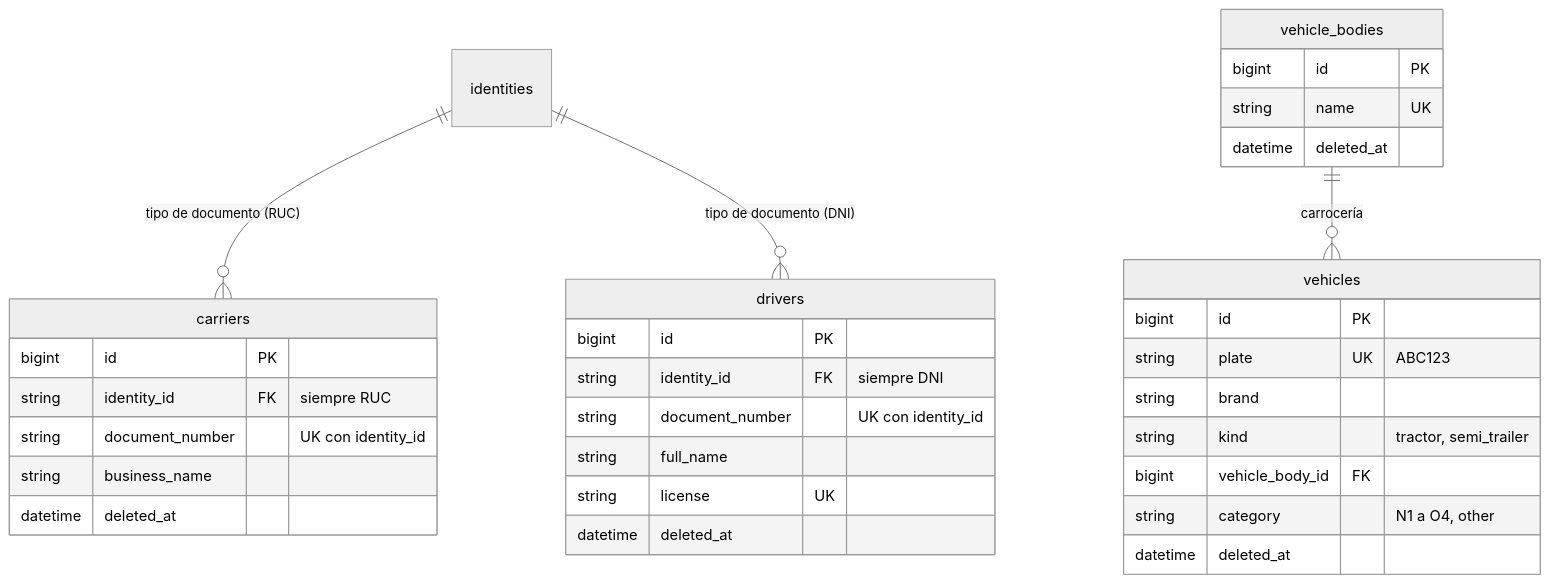
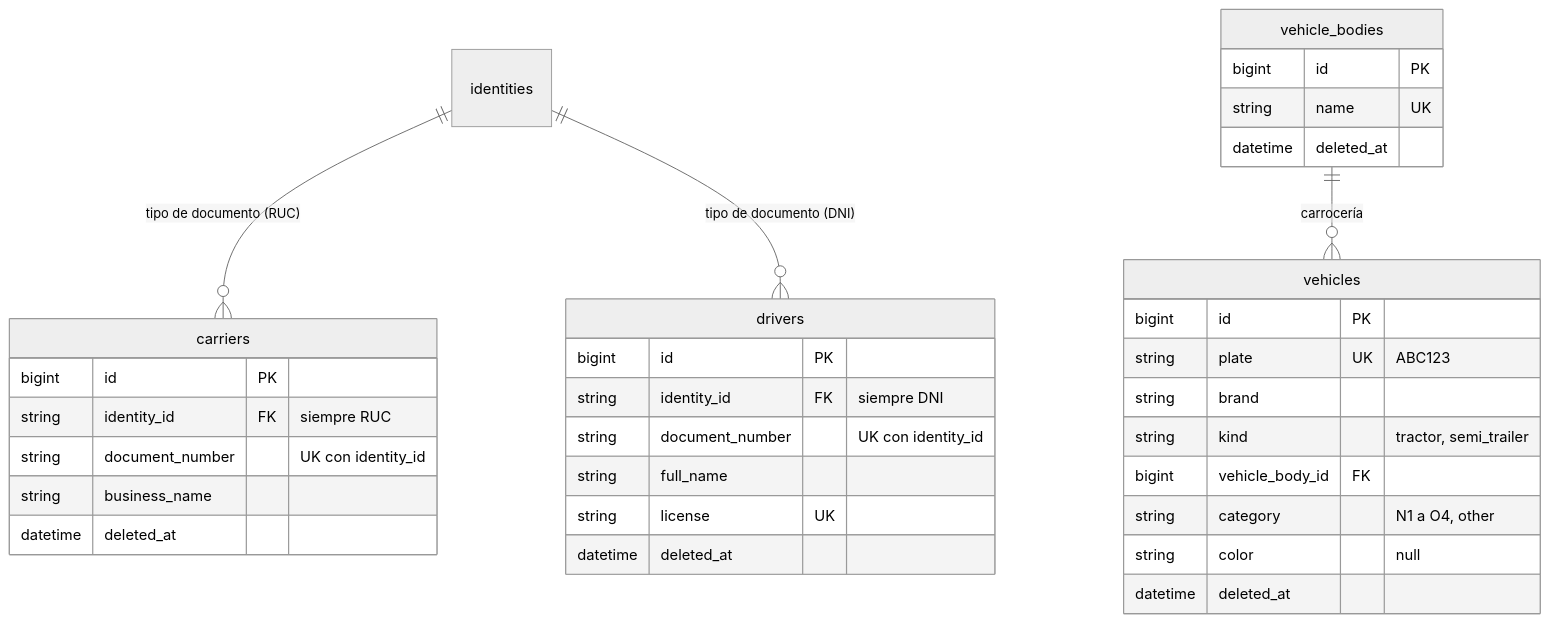
The fifth of 5 diagrams in docs/database.md (Cerati1998/SIGLA-TOS), drawn with Mermaid (neutral theme) before and after one commit. The commit also changed other lines of this file and 13 other files, not shown here.

````diff
--- a/docs/database.md
+++ b/docs/database.md
@@ -191,36 +191,37 @@
 ```mermaid
 erDiagram
   identities ||--o{ carriers : "tipo de documento (RUC)"
   identities ||--o{ drivers : "tipo de documento (DNI)"
   vehicle_bodies ||--o{ vehicles : "carrocería"
 
   carriers {
     bigint id PK
     string identity_id FK "siempre RUC"
     string document_number "UK con identity_id"
     string business_name
     datetime deleted_at
   }
   drivers {
     bigint id PK
     string identity_id FK "siempre DNI"
     string document_number "UK con identity_id"
     string full_name
     string license UK
     datetime deleted_at
   }
   vehicle_bodies {
     bigint id PK
     string name UK
     datetime deleted_at
   }
   vehicles {
     bigint id PK
     string plate UK "ABC123"
     string brand
     string kind "tractor, semi_trailer"
     bigint vehicle_body_id FK
     string category "N1 a O4, other"
+    string color "null"
     datetime deleted_at
   }
 ```
````
